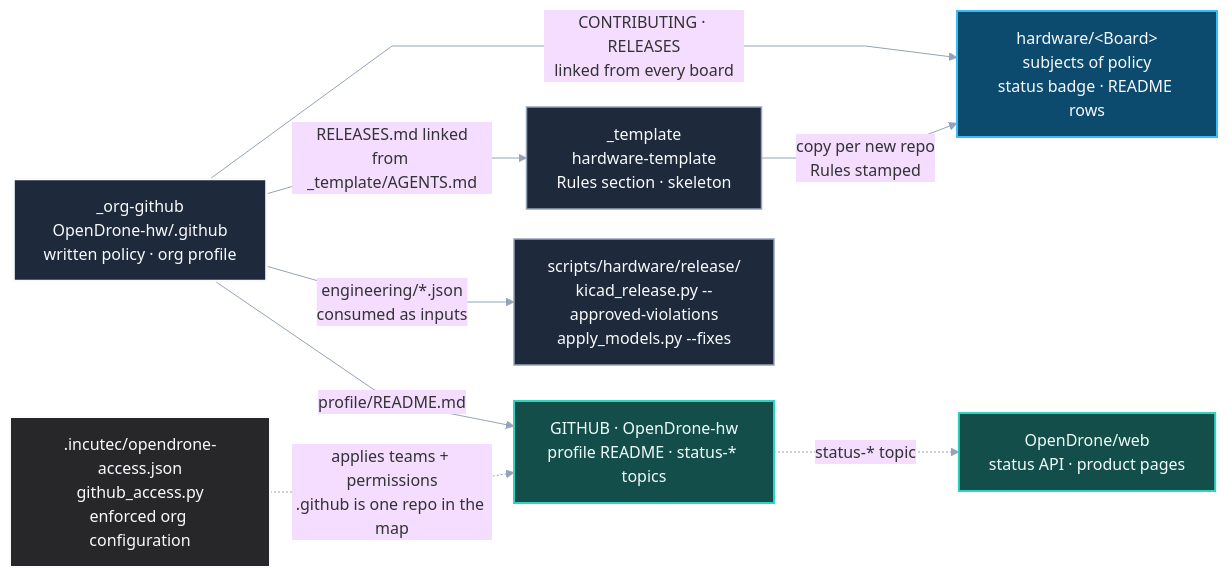
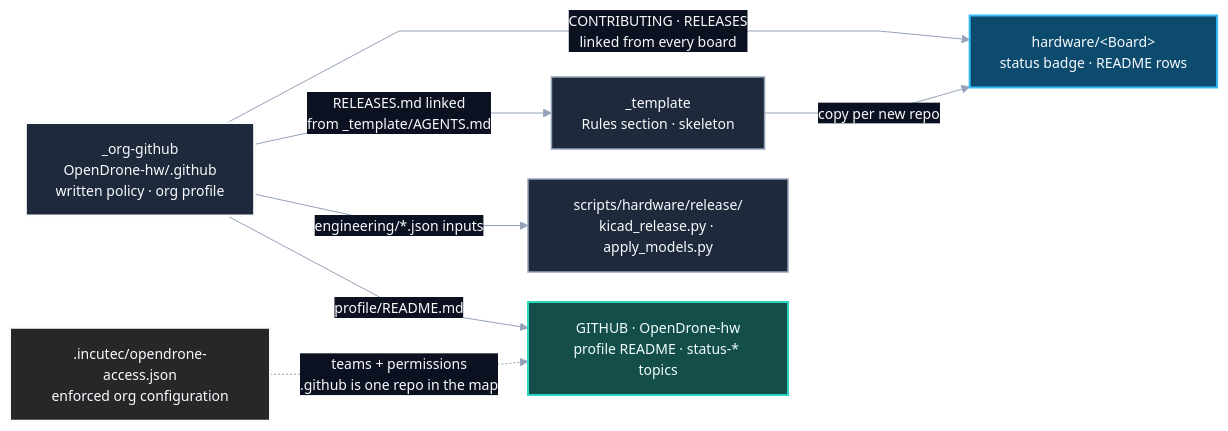
The first of 5 diagrams in OVERVIEW.md (OpenDrone-hw/.github), drawn with Mermaid before and after one commit. The commit also changed other lines of this file, not shown here.

````diff
--- a/OVERVIEW.md
+++ b/OVERVIEW.md
@@ -5,31 +5,29 @@
 ```mermaid
-%%{init: {"theme": "base", "themeVariables": {"background": "#0b1120", "lineColor": "#94a3b8", "fontFamily": "Inter, ui-sans-serif, system-ui"}, "flowchart": {"curve": "linear", "nodeSpacing": 30, "rankSpacing": 44}}}%%
+%%{init: {"theme": "base", "themeVariables": {"background": "#0b1120", "lineColor": "#94a3b8", "primaryTextColor": "#f8fafc", "edgeLabelBackground": "#0b1120", "fontSize": "14px"}, "flowchart": {"curve": "linear", "nodeSpacing": 30, "rankSpacing": 60}}}%%
 flowchart LR
+    ACC[".incutec/opendrone-access.json<br/>enforced org configuration"]
     ORG["_org-github<br/>OpenDrone-hw/.github<br/>written policy · org profile"]
-    TPL["_template<br/>hardware-template<br/>Rules section · skeleton"]
-    HW["hardware/&lt;Board&gt;<br/>subjects of policy<br/>status badge · README rows"]
-    SCR["scripts/hardware/release/<br/>kicad_release.py --approved-violations<br/>apply_models.py --fixes"]
-    ACC[".incutec/opendrone-access.json<br/>github_access.py<br/>enforced org configuration"]
-    WEB["OpenDrone/web<br/>status API · product pages"]
+    TPL["_template<br/>Rules section · skeleton"]
+    HW["hardware/&lt;Board&gt;<br/>status badge · README rows"]
+    SCR["scripts/hardware/release/<br/>kicad_release.py · apply_models.py"]
     GHORG["GITHUB · OpenDrone-hw<br/>profile README · status-* topics"]
 
     ORG -->|"CONTRIBUTING · RELEASES<br/>linked from every board"| HW
     ORG -->|"RELEASES.md linked<br/>from _template/AGENTS.md"| TPL
-    TPL -->|"copy per new repo<br/>Rules stamped"| HW
-    ORG -->|"engineering/*.json<br/>consumed as inputs"| SCR
-    ACC -.->|"applies teams + permissions<br/>.github is one repo in the map"| GHORG
+    TPL -->|"copy per new repo"| HW
+    ORG -->|"engineering/*.json inputs"| SCR
     ORG -->|"profile/README.md"| GHORG
-    GHORG -.->|"status-* topic"| WEB
+    ACC -.->|"teams + permissions<br/>.github is one repo in the map"| GHORG
 
     classDef here fill:#1e293b,stroke:#f8fafc,color:#f8fafc,stroke-width:2.5px;
     classDef foundation fill:#1e293b,stroke:#94a3b8,color:#f8fafc,stroke-width:1.5px;
     classDef design fill:#0c4a6e,stroke:#38bdf8,color:#f8fafc,stroke-width:2px;
     classDef control fill:#27272a,stroke:#f8fafc,color:#f8fafc,stroke-width:2px;
     classDef external fill:#134e4a,stroke:#2dd4bf,color:#f0fdfa,stroke-width:2px;
 
     class ORG here;
     class TPL,SCR foundation;
     class HW design;
     class ACC control;
-    class WEB,GHORG external;
+    class GHORG external;
 ```
````
